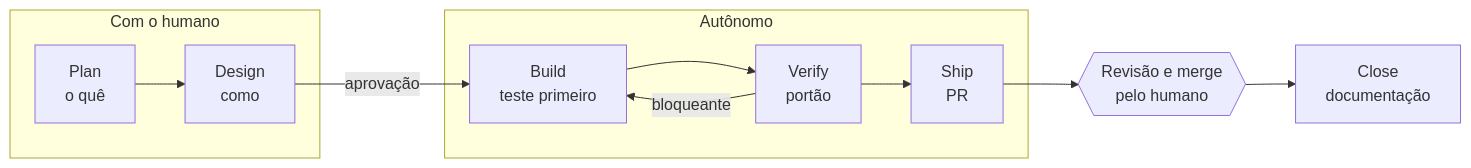
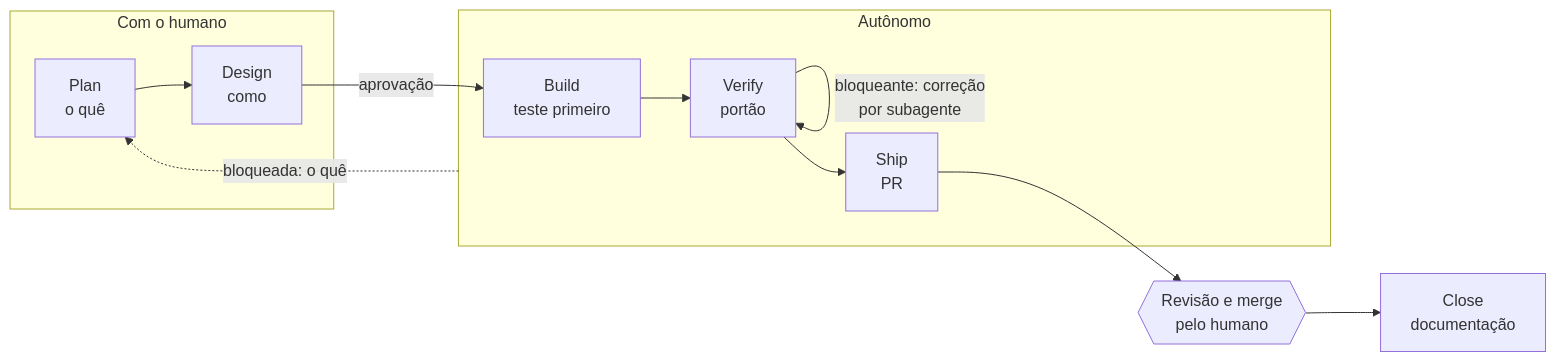
Before and after one commit to Wellington-Matoss/diana: the second of 3 diagrams in README.md, drawn with Mermaid. The commit also changed other lines of this file and 3 other files, not shown here.

First line of the commit message:
refactor(fluxo): troca a volta ao Build pela correcao por subagente

````diff
--- a/README.md
+++ b/README.md
@@ -57,13 +57,14 @@
 ```mermaid
 flowchart LR
     subgraph H[Com o humano]
         P[Plan<br/>o quê] --> D[Design<br/>como]
     end
     subgraph A[Autônomo]
         B[Build<br/>teste primeiro] --> V[Verify<br/>portão] --> SH[Ship<br/>PR]
     end
     D -->|aprovação| B
-    V -->|bloqueante| B
+    V -->|bloqueante: correção<br/>por subagente| V
+    A -.->|bloqueada: o quê| P
     SH --> R{{Revisão e merge<br/>pelo humano}}
     R --> C[Close<br/>documentação]
 ```
````
